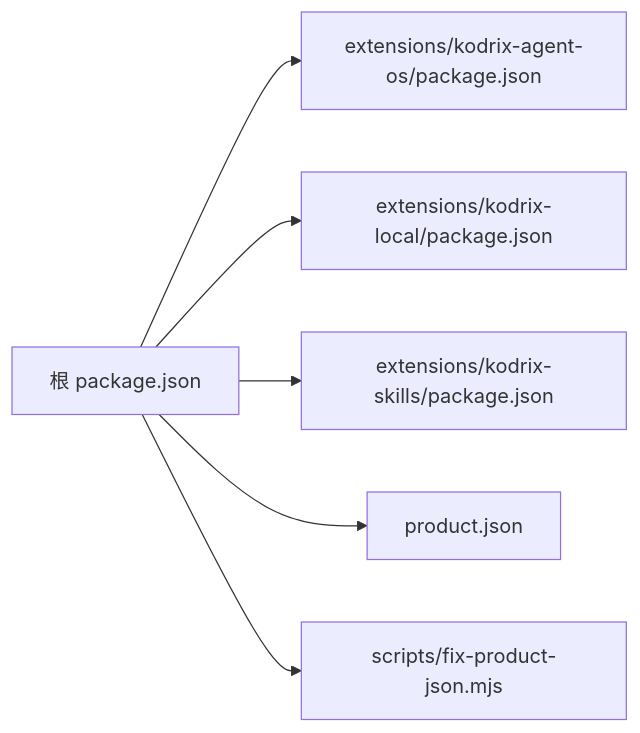
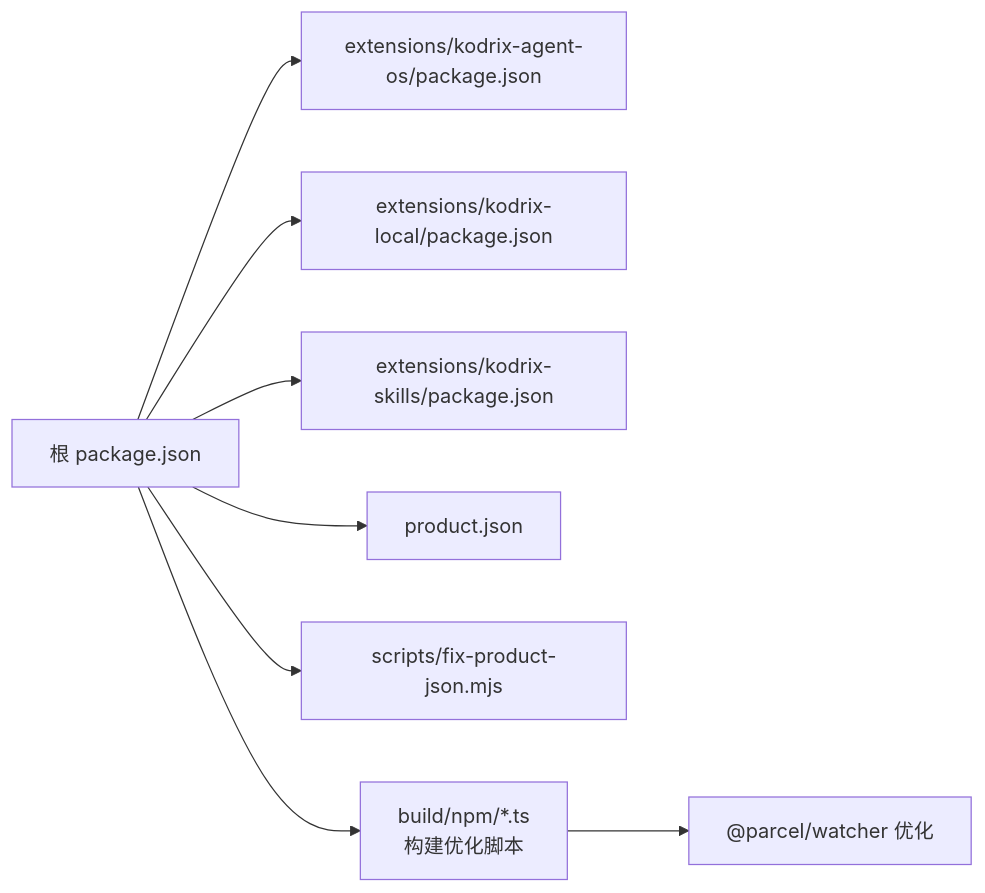
One commit to sofate798/KodrixCode changed the ninth of 9 diagrams in .qoder/repowiki/zh/content/扩展开发/打包与分发.md. Above: the diagram before and after it, drawn with Mermaid. The commit also changed other lines of this file and 1661 other files, not shown here.

````diff
--- a/.qoder/repowiki/zh/content/扩展开发/打包与分发.md
+++ b/.qoder/repowiki/zh/content/扩展开发/打包与分发.md
@@ -282,8 +355,10 @@
 ```mermaid
 graph LR
 Root["根 package.json"] --> ExtA["extensions/kodrix-agent-os/package.json"]
 Root --> ExtB["extensions/kodrix-local/package.json"]
 Root --> ExtC["extensions/kodrix-skills/package.json"]
 Root --> Prod["product.json"]
 Root --> Scripts["scripts/fix-product-json.mjs"]
+Root --> BuildOpt["build/npm/*.ts<br/>构建优化脚本"]
+BuildOpt --> WatcherOpt["@parcel/watcher 优化"]
 ```
````
